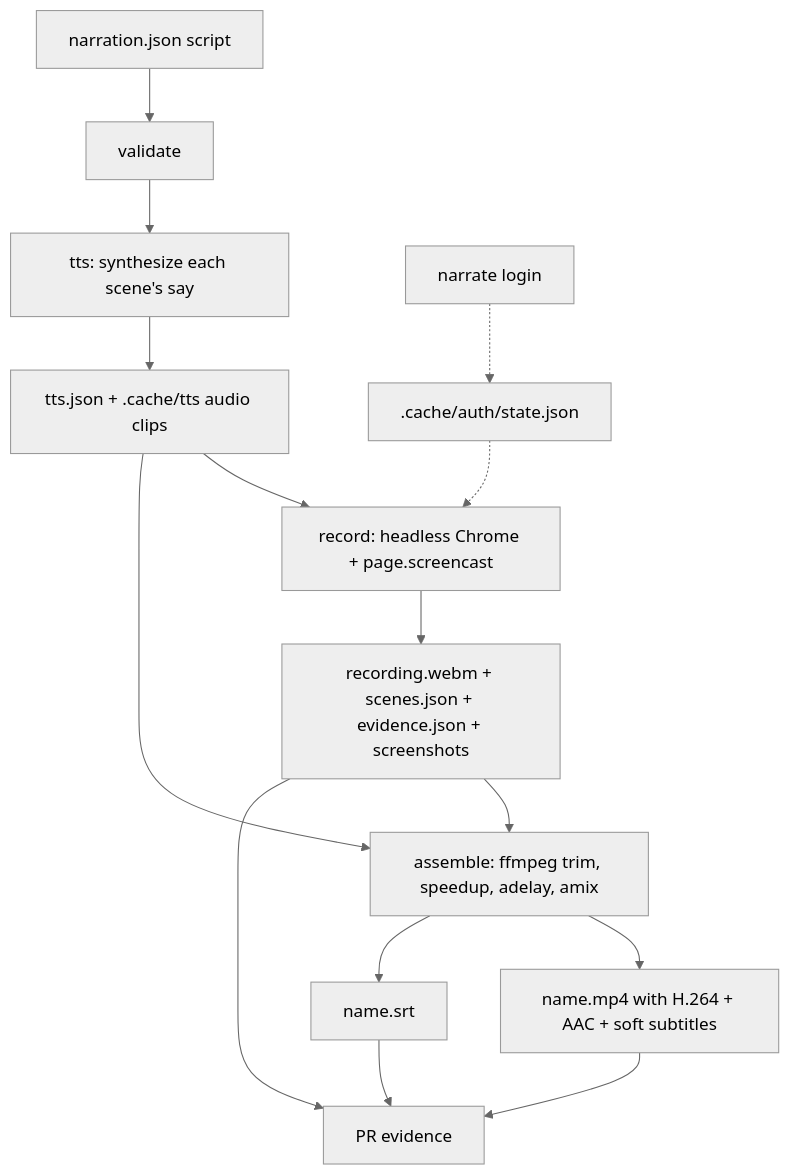
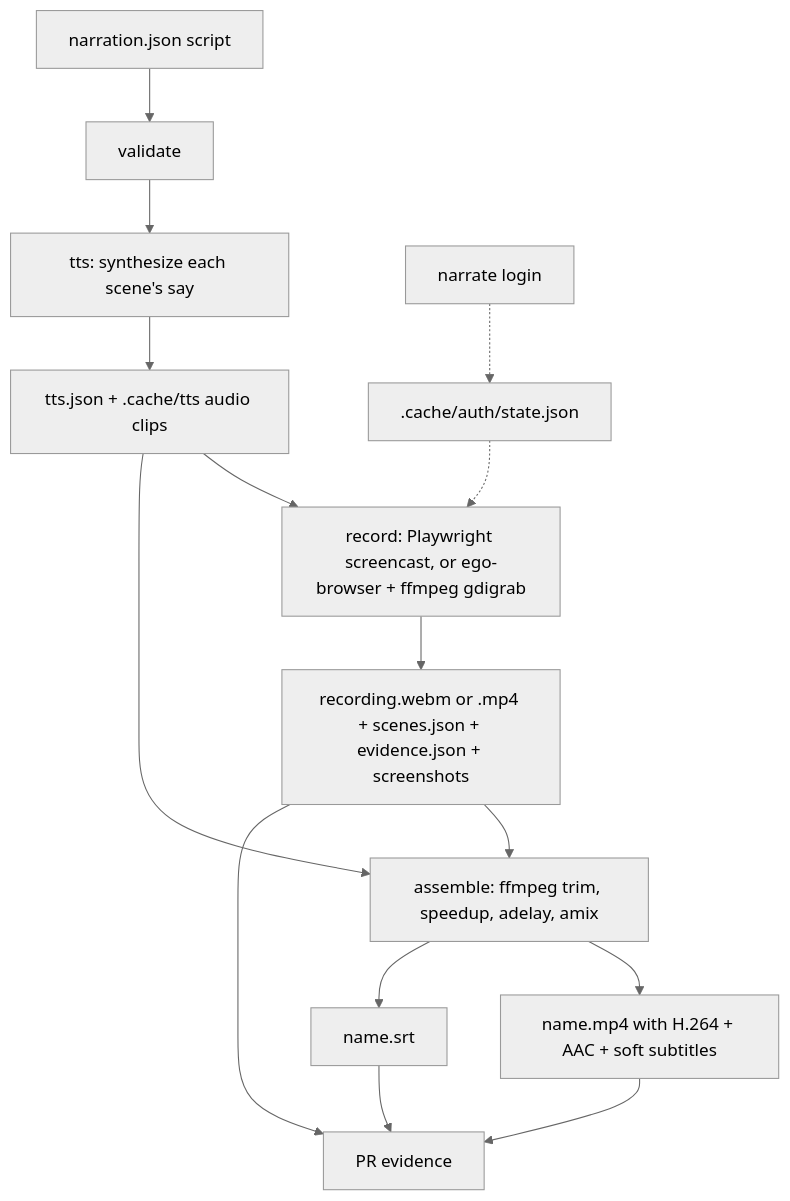
One commit to jeider05/ai-video-evidence changed the diagram in docs/workflow.md. Above: the diagram before and after it, drawn with Mermaid (neutral theme). The commit also changed other lines of this file and 14 other files, not shown here.

First line of the commit message:
feat: add gdigrab recorder driving ego-browser

````diff
--- a/docs/workflow.md
+++ b/docs/workflow.md
@@ -23,17 +23,17 @@
 ```mermaid
 flowchart TD
     A[narration.json script] --> B[validate]
     B --> C[tts: synthesize each scene's say]
     C --> D[tts.json + .cache/tts audio clips]
-    D --> E[record: headless Chrome + page.screencast]
+    D --> E[record: Playwright screencast, or ego-browser + ffmpeg gdigrab]
     L[narrate login] -.-> S[.cache/auth/state.json]
     S -.-> E
-    E --> F[recording.webm + scenes.json + evidence.json + screenshots]
+    E --> F[recording.webm or .mp4 + scenes.json + evidence.json + screenshots]
     F --> G[assemble: ffmpeg trim, speedup, adelay, amix]
     D --> G
     G --> H[name.mp4 with H.264 + AAC + soft subtitles]
     G --> I[name.srt]
     H --> P[PR evidence]
     I --> P
     F --> P
 ```
````
